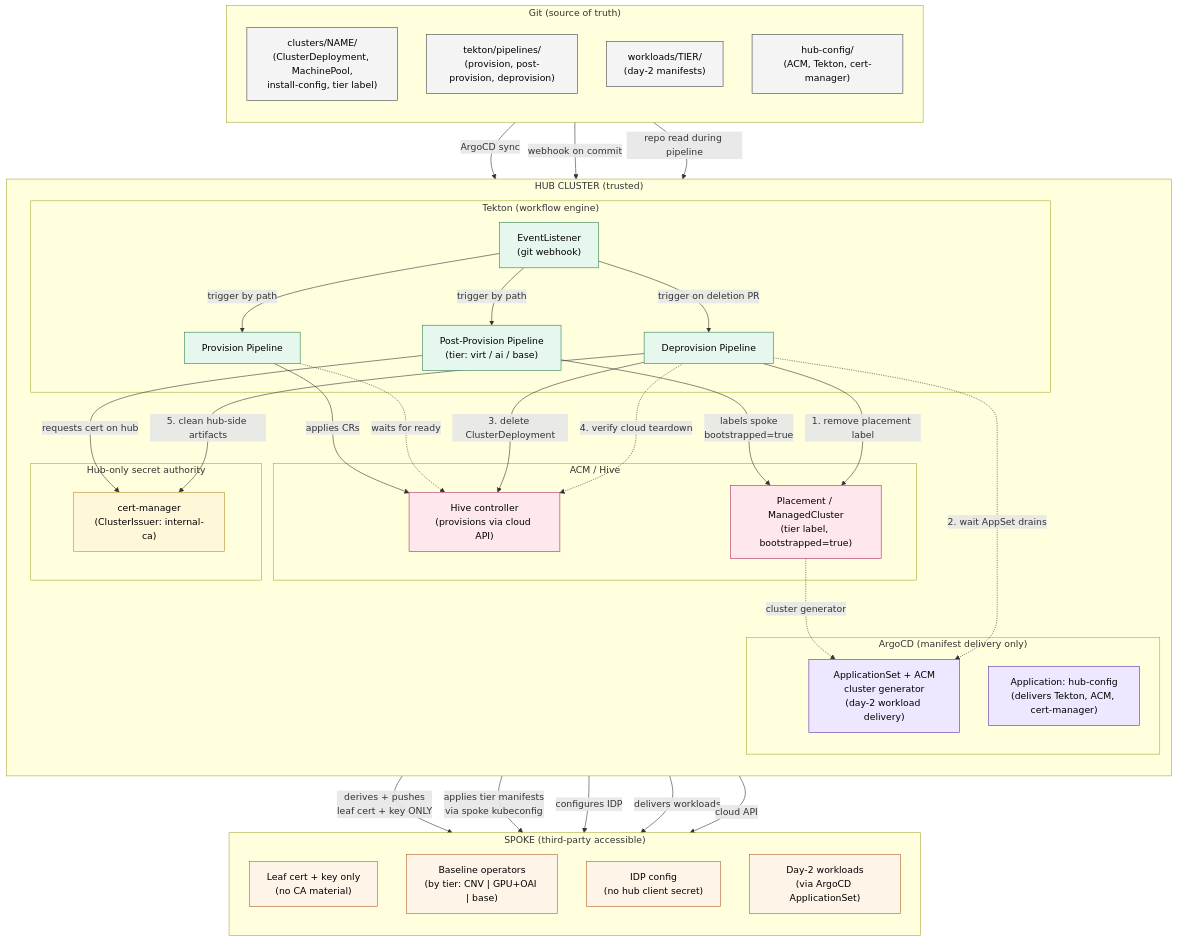
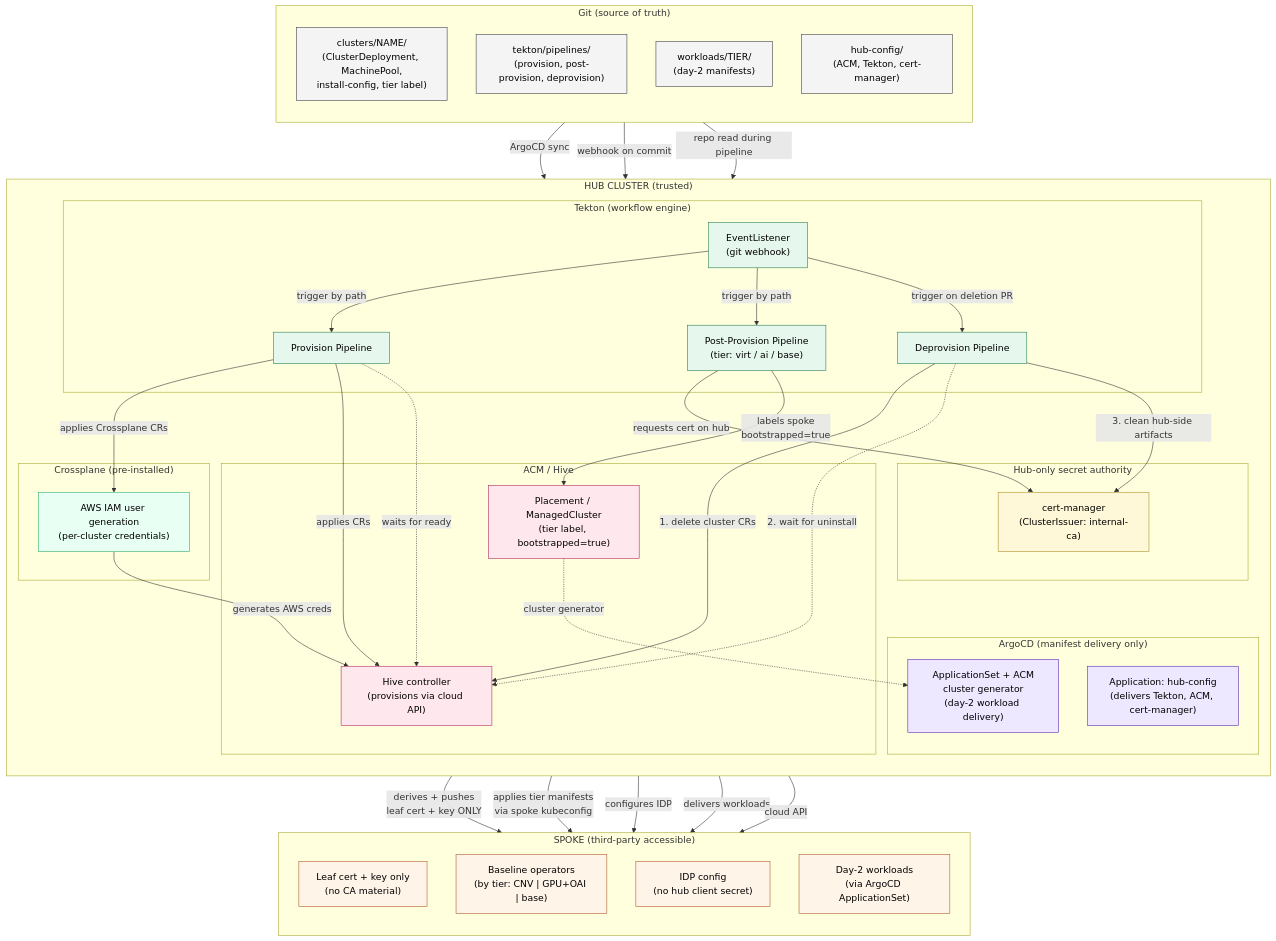
Before and after one commit to redhat-openshift-partner-labs/fleet: the first of 4 diagrams in docs/architecture.md, drawn with Mermaid. The commit also changed other lines of this file, not shown here.

First line of the commit message:
docs(architecture): update pipeline diagrams to match implementation

````diff
--- a/docs/architecture.md
+++ b/docs/architecture.md
@@ -128,6 +128,10 @@
         subgraph SecretAuthority["Hub-only secret authority"]
             CertMgr["cert-manager<br/>(ClusterIssuer: internal-ca)"]
         end
+
+        subgraph Crossplane["Crossplane (pre-installed)"]
+            IAMGen["AWS IAM user generation<br/>(per-cluster credentials)"]
+        end
     end
 
     subgraph Spoke["SPOKE (third-party accessible)"]
@@ -146,6 +150,8 @@
     EL -->|trigger by path| PostProvisionPipeline
     EL -->|trigger on deletion PR| DeprovisionPipeline
 
+    ProvisionPipeline -->|applies Crossplane CRs| IAMGen
+    IAMGen -->|generates AWS creds| Hive
     ProvisionPipeline -->|applies CRs| Hive
     ProvisionPipeline -.->|waits for ready| Hive
     Hive -->|cloud API| Spoke
@@ -159,11 +165,9 @@
     Placement -.->|cluster generator| AppSet
     AppSet -->|delivers workloads| SpokeWorkloads
 
-    DeprovisionPipeline -->|1. remove placement label| Placement
-    DeprovisionPipeline -.->|2. wait AppSet drains| AppSet
-    DeprovisionPipeline -->|3. delete ClusterDeployment| Hive
-    DeprovisionPipeline -.->|4. verify cloud teardown| Hive
-    DeprovisionPipeline -->|5. clean hub-side artifacts| CertMgr
+    DeprovisionPipeline -->|1. delete cluster CRs| Hive
+    DeprovisionPipeline -.->|2. wait for uninstall| Hive
+    DeprovisionPipeline -->|3. clean hub-side artifacts| CertMgr
 
     classDef git fill:#f4f4f4,stroke:#444,color:#000
     classDef hub fill:#e8f0ff,stroke:#2a5db0,color:#000
@@ -172,11 +176,13 @@
     classDef argocd fill:#ede8ff,stroke:#5d2ab0,color:#000
     classDef acm fill:#ffe8ed,stroke:#b02a5d,color:#000
     classDef authority fill:#fff8d8,stroke:#b0902a,color:#000
+    classDef crossplane fill:#e8fff4,stroke:#2ab06a,color:#000
 
     class GitClusters,GitPipelines,GitWorkloads,GitHubConfig git
     class HubApp,AppSet argocd
     class Hive,Placement acm
     class EL,ProvisionPipeline,PostProvisionPipeline,DeprovisionPipeline tekton
     class CertMgr authority
+    class IAMGen crossplane
     class SpokeLeaf,SpokeBaseline,SpokeIDP,SpokeWorkloads spoke
 ```
````
